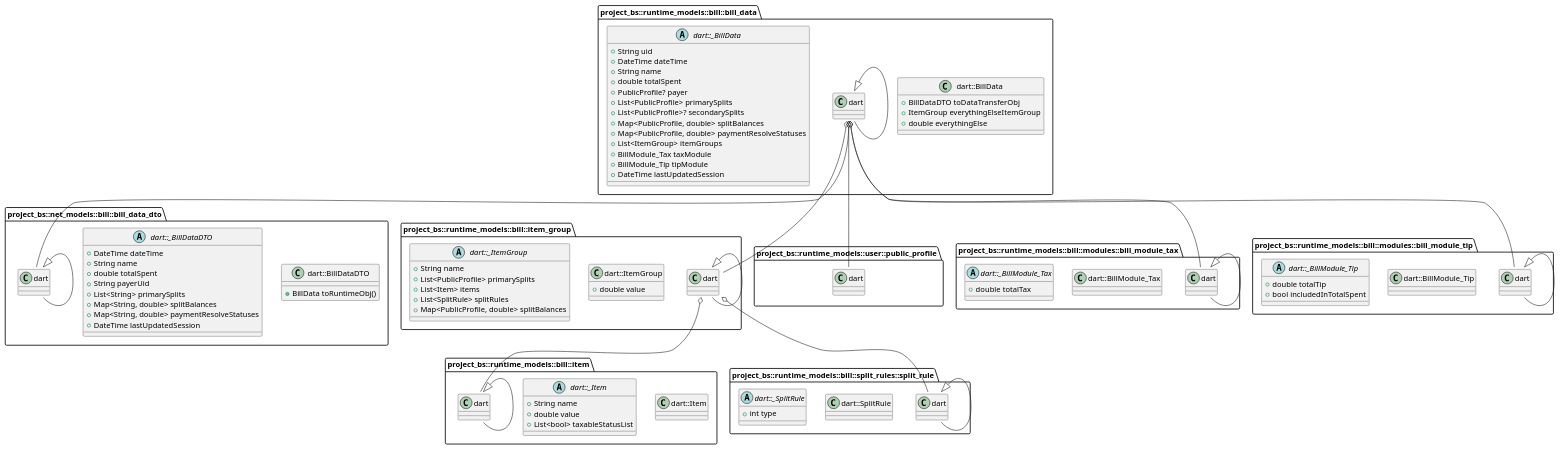
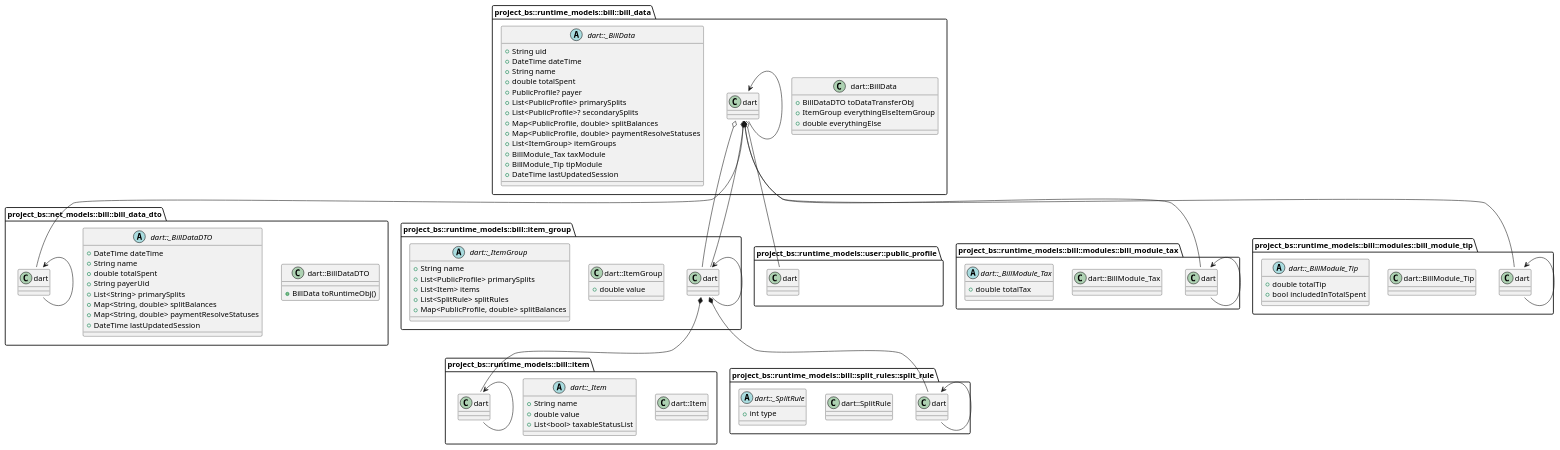
Before and after one commit to splitit-app/splitit: the diagram in doc/bill-class-diagram.puml, drawn with PlantUML. The commit also changed 9 other files, not shown here.

Commit message:
Added services section of UML

```diff
--- a/doc/bill-class-diagram.puml
+++ b/doc/bill-class-diagram.puml
@@ -1,98 +1,99 @@
 @startuml Bill
 
 class "project_bs::net_models::bill::bill_data_dto.dart::BillDataDTO" {
     +BillData toRuntimeObj()
 }
 
 abstract class "project_bs::net_models::bill::bill_data_dto.dart::_BillDataDTO" {
     +DateTime dateTime
     +String name
     +double totalSpent
     +String payerUid
     +List<String> primarySplits
     +Map<String, double> splitBalances
     +Map<String, double> paymentResolveStatuses
     +DateTime lastUpdatedSession
 }
-"project_bs::net_models::bill::bill_data_dto.dart::BillDataDTO" <|-- "project_bs::net_models::bill::bill_data_dto.dart::_BillDataDTO"
+"project_bs::net_models::bill::bill_data_dto.dart::BillDataDTO" <-- "project_bs::net_models::bill::bill_data_dto.dart::_BillDataDTO"
 
 class "project_bs::runtime_models::bill::bill_data.dart::BillData" {
     +BillDataDTO toDataTransferObj
     +ItemGroup everythingElseItemGroup
     +double everythingElse
 }
 
 "project_bs::runtime_models::bill::bill_data.dart::BillData" o-- "project_bs::net_models::bill::bill_data_dto.dart::BillDataDTO"
 "project_bs::runtime_models::bill::bill_data.dart::BillData" o-- "project_bs::runtime_models::bill::item_group.dart::ItemGroup"
 
 abstract class "project_bs::runtime_models::bill::bill_data.dart::_BillData" {
     +String uid
     +DateTime dateTime
     +String name
     +double totalSpent
     +PublicProfile? payer
     +List<PublicProfile> primarySplits
     +List<PublicProfile>? secondarySplits
     +Map<PublicProfile, double> splitBalances
     +Map<PublicProfile, double> paymentResolveStatuses
     +List<ItemGroup> itemGroups
     +BillModule_Tax taxModule
     +BillModule_Tip tipModule
     +DateTime lastUpdatedSession
 }
 "project_bs::runtime_models::bill::bill_data.dart::_BillData" o-- "project_bs::runtime_models::user::public_profile.dart::PublicProfile"
-"project_bs::runtime_models::bill::bill_data.dart::_BillData" o-- "project_bs::runtime_models::bill::modules::bill_module_tax.dart::BillModule_Tax"
-"project_bs::runtime_models::bill::bill_data.dart::_BillData" o-- "project_bs::runtime_models::bill::modules::bill_module_tip.dart::BillModule_Tip"
-"project_bs::runtime_models::bill::bill_data.dart::BillData" <|-- "project_bs::runtime_models::bill::bill_data.dart::_BillData"
+"project_bs::runtime_models::bill::bill_data.dart::_BillData" *-- "project_bs::runtime_models::bill::item_group.dart::ItemGroup"
+"project_bs::runtime_models::bill::bill_data.dart::_BillData" *-- "project_bs::runtime_models::bill::modules::bill_module_tax.dart::BillModule_Tax"
+"project_bs::runtime_models::bill::bill_data.dart::_BillData" *-- "project_bs::runtime_models::bill::modules::bill_module_tip.dart::BillModule_Tip"
+"project_bs::runtime_models::bill::bill_data.dart::BillData" <-- "project_bs::runtime_models::bill::bill_data.dart::_BillData"
 
 class "project_bs::runtime_models::bill::item.dart::Item" {
 }
 
 abstract class "project_bs::runtime_models::bill::item.dart::_Item" {
     +String name
     +double value
     +List<bool> taxableStatusList
 }
-"project_bs::runtime_models::bill::item.dart::Item" <|-- "project_bs::runtime_models::bill::item.dart::_Item"
+"project_bs::runtime_models::bill::item.dart::Item" <-- "project_bs::runtime_models::bill::item.dart::_Item"
 
 class "project_bs::runtime_models::bill::item_group.dart::ItemGroup" {
     +double value
 }
 
 abstract class "project_bs::runtime_models::bill::item_group.dart::_ItemGroup" {
     +String name
     +List<PublicProfile> primarySplits
     +List<Item> items
     +List<SplitRule> splitRules
     +Map<PublicProfile, double> splitBalances
 }
-"project_bs::runtime_models::bill::item_group.dart::_ItemGroup" o-- "project_bs::runtime_models::bill::item.dart::Item"
-"project_bs::runtime_models::bill::item_group.dart::_ItemGroup" o-- "project_bs::runtime_models::bill::split_rules::split_rule.dart::SplitRule"
-"project_bs::runtime_models::bill::item_group.dart::ItemGroup" <|-- "project_bs::runtime_models::bill::item_group.dart::_ItemGroup"
+"project_bs::runtime_models::bill::item_group.dart::_ItemGroup" *-- "project_bs::runtime_models::bill::item.dart::Item"
+"project_bs::runtime_models::bill::item_group.dart::_ItemGroup" *-- "project_bs::runtime_models::bill::split_rules::split_rule.dart::SplitRule"
+"project_bs::runtime_models::bill::item_group.dart::ItemGroup" <-- "project_bs::runtime_models::bill::item_group.dart::_ItemGroup"
 
 class "project_bs::runtime_models::bill::modules::bill_module_tax.dart::BillModule_Tax" {
 }
 
 abstract class "project_bs::runtime_models::bill::modules::bill_module_tax.dart::_BillModule_Tax" {
     +double totalTax
 }
-"project_bs::runtime_models::bill::modules::bill_module_tax.dart::BillModule_Tax" <|-- "project_bs::runtime_models::bill::modules::bill_module_tax.dart::_BillModule_Tax"
+"project_bs::runtime_models::bill::modules::bill_module_tax.dart::BillModule_Tax" <-- "project_bs::runtime_models::bill::modules::bill_module_tax.dart::_BillModule_Tax"
 
 class "project_bs::runtime_models::bill::modules::bill_module_tip.dart::BillModule_Tip" {
 }
 
 abstract class "project_bs::runtime_models::bill::modules::bill_module_tip.dart::_BillModule_Tip" {
     +double totalTip
     +bool includedInTotalSpent
 }
-"project_bs::runtime_models::bill::modules::bill_module_tip.dart::BillModule_Tip" <|-- "project_bs::runtime_models::bill::modules::bill_module_tip.dart::_BillModule_Tip"
+"project_bs::runtime_models::bill::modules::bill_module_tip.dart::BillModule_Tip" <-- "project_bs::runtime_models::bill::modules::bill_module_tip.dart::_BillModule_Tip"
 
 class "project_bs::runtime_models::bill::split_rules::split_rule.dart::SplitRule" {
 }
 
 abstract class "project_bs::runtime_models::bill::split_rules::split_rule.dart::_SplitRule" {
     +int type
 }
-"project_bs::runtime_models::bill::split_rules::split_rule.dart::SplitRule" <|-- "project_bs::runtime_models::bill::split_rules::split_rule.dart::_SplitRule"
+"project_bs::runtime_models::bill::split_rules::split_rule.dart::SplitRule" <-- "project_bs::runtime_models::bill::split_rules::split_rule.dart::_SplitRule"
 
 @enduml
```
